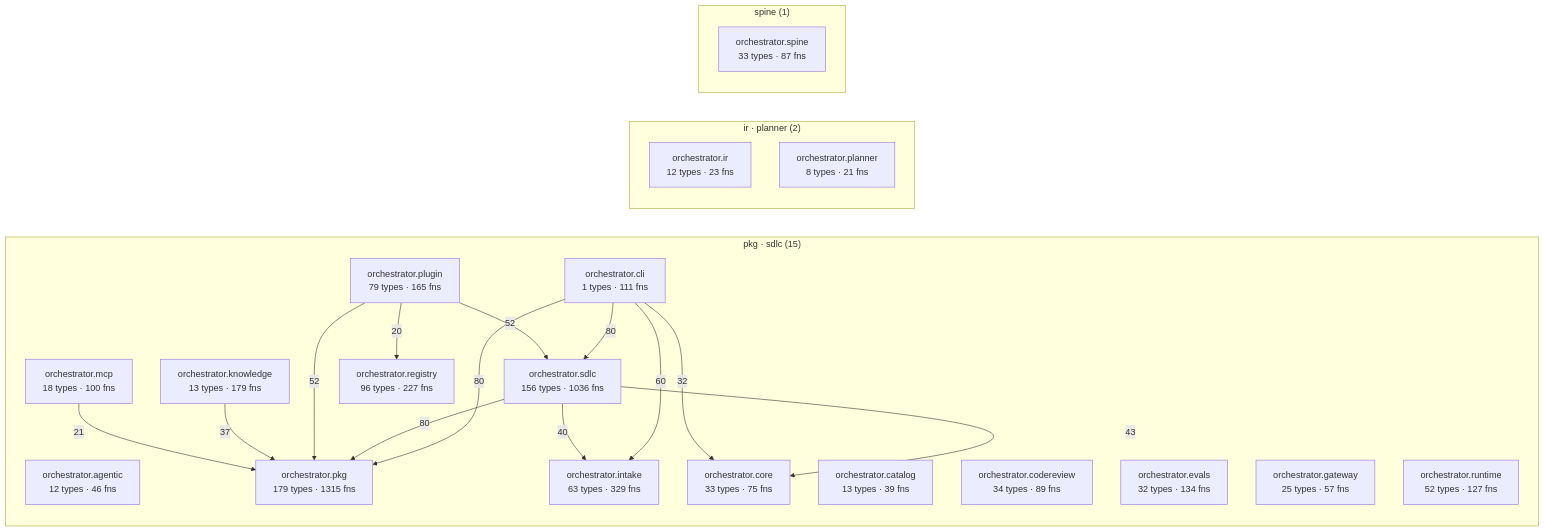
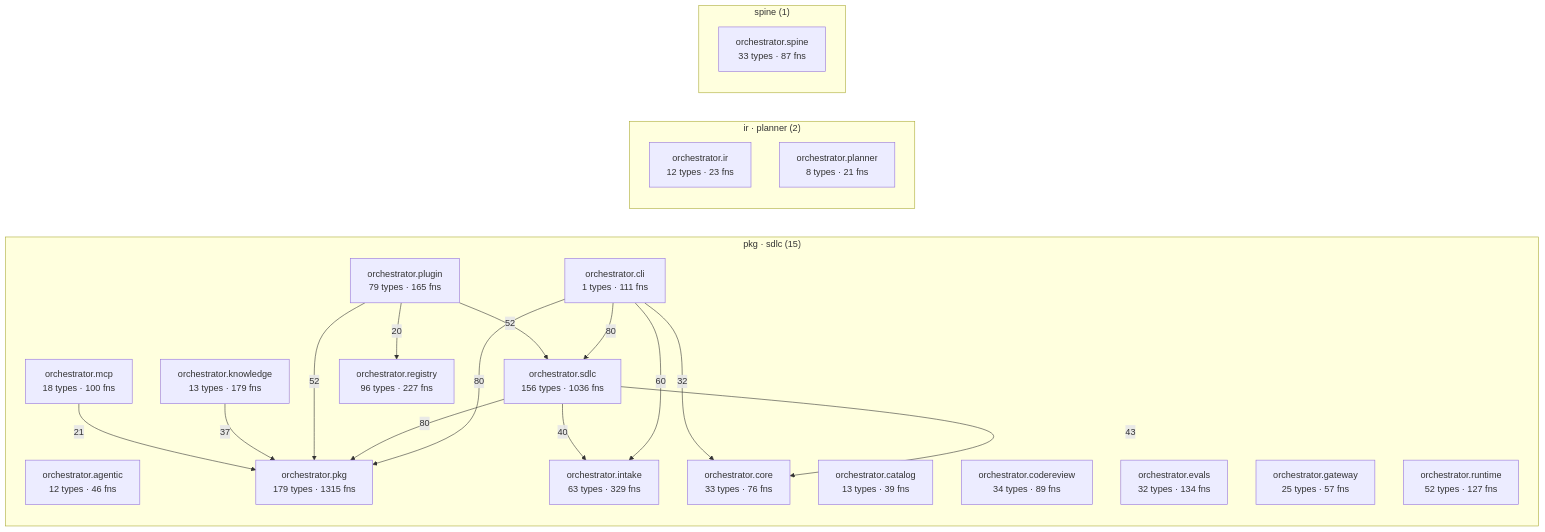
One commit to synaptixs/spine changed the diagram in episteme/architecture.md. Above: the diagram before and after it, drawn with Mermaid. The commit also changed other lines of this file and 9 other files, not shown here.

````diff
--- a/episteme/architecture.md
+++ b/episteme/architecture.md
@@ -56,39 +56,39 @@
 ```mermaid
 flowchart LR
   subgraph c_2["pkg · sdlc (15)"]
     aorchestratoragentic["orchestrator.agentic<br/>12 types · 46 fns"]
     aorchestratorcatalog["orchestrator.catalog<br/>13 types · 39 fns"]
     aorchestratorcli["orchestrator.cli<br/>1 types · 111 fns"]
     aorchestratorcodereview["orchestrator.codereview<br/>34 types · 89 fns"]
-    aorchestratorcore["orchestrator.core<br/>33 types · 75 fns"]
+    aorchestratorcore["orchestrator.core<br/>33 types · 76 fns"]
     aorchestratorevals["orchestrator.evals<br/>32 types · 134 fns"]
     aorchestratorgateway["orchestrator.gateway<br/>25 types · 57 fns"]
     aorchestratorintake["orchestrator.intake<br/>63 types · 329 fns"]
     aorchestratorknowledge["orchestrator.knowledge<br/>13 types · 179 fns"]
     aorchestratormcp["orchestrator.mcp<br/>18 types · 100 fns"]
     aorchestratorpkg["orchestrator.pkg<br/>179 types · 1315 fns"]
     aorchestratorplugin["orchestrator.plugin<br/>79 types · 165 fns"]
     aorchestratorregistry["orchestrator.registry<br/>96 types · 227 fns"]
     aorchestratorruntime["orchestrator.runtime<br/>52 types · 127 fns"]
     aorchestratorsdlc["orchestrator.sdlc<br/>156 types · 1036 fns"]
   end
   subgraph c_5["ir · planner (2)"]
     aorchestratorir["orchestrator.ir<br/>12 types · 23 fns"]
     aorchestratorplanner["orchestrator.planner<br/>8 types · 21 fns"]
   end
   subgraph c_10["spine (1)"]
     aorchestratorspine["orchestrator.spine<br/>33 types · 87 fns"]
   end
   aorchestratorcli -->|80| aorchestratorpkg
   aorchestratorcli -->|80| aorchestratorsdlc
   aorchestratorsdlc -->|80| aorchestratorpkg
   aorchestratorcli -->|60| aorchestratorintake
   aorchestratorplugin -->|52| aorchestratorpkg
   aorchestratorplugin -->|52| aorchestratorsdlc
   aorchestratorsdlc -->|43| aorchestratorcore
   aorchestratorsdlc -->|40| aorchestratorintake
   aorchestratorknowledge -->|37| aorchestratorpkg
   aorchestratorcli -->|32| aorchestratorcore
   aorchestratormcp -->|21| aorchestratorpkg
   aorchestratorplugin -->|20| aorchestratorregistry
 ```
````
